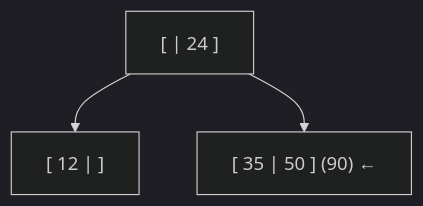
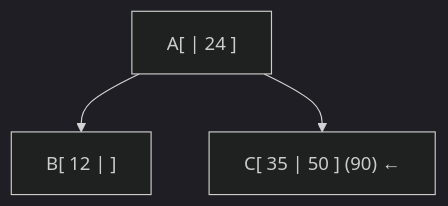
The sixth of 10 diagrams in Unidad 6 Estructuras de Datos no lineales/Árboles2-3.md (IvasiutaM/Algoritmos-II-Consulta), drawn with Mermaid (dark theme) before and after one commit. The commit also changed other lines of this file, not shown here.

````diff
--- a/Unidad 6 Estructuras de Datos no lineales/Árboles2-3.md
+++ b/Unidad 6 Estructuras de Datos no lineales/Árboles2-3.md
@@ -47,9 +47,9 @@
 ```mermaid
 graph TD
-    A["[  | 24 ] "]
-    B["[ 12 |  ]"]
-    C["[ 35 | 50 ] (90) ←"]
+    A["A[  | 24 ] "]
+    B["B[ 12 |  ]"]
+    C["C[ 35 | 50 ] (90) ←"]
 
     A --> B
     A --> C
 ```
````
